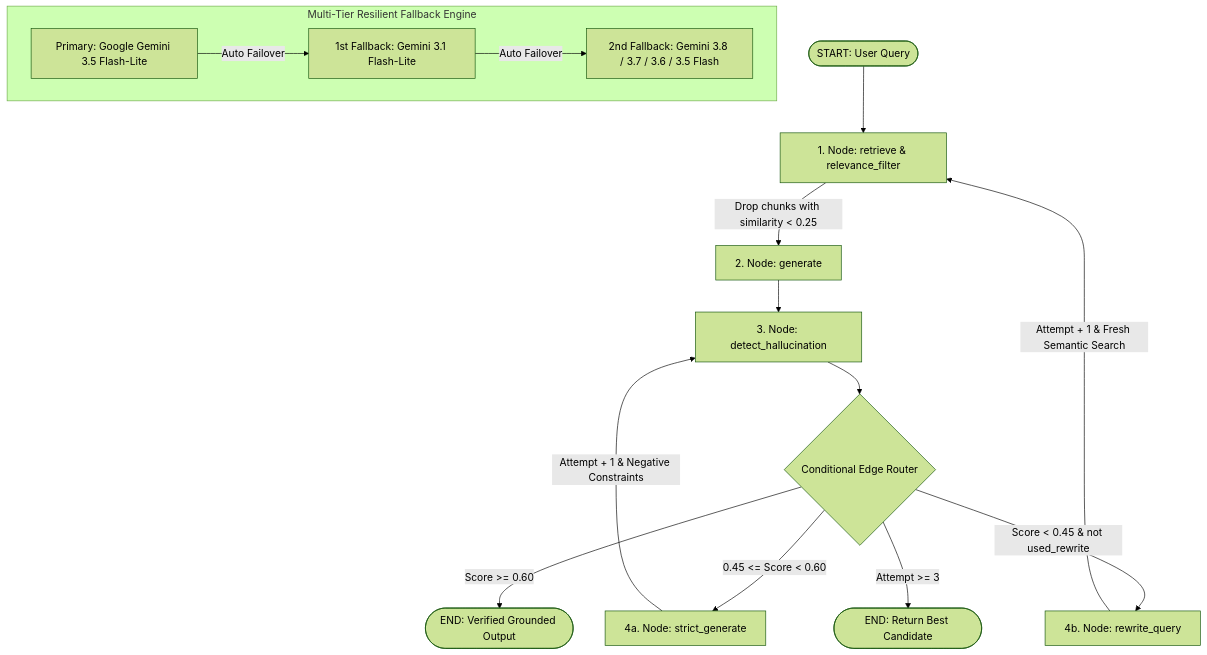
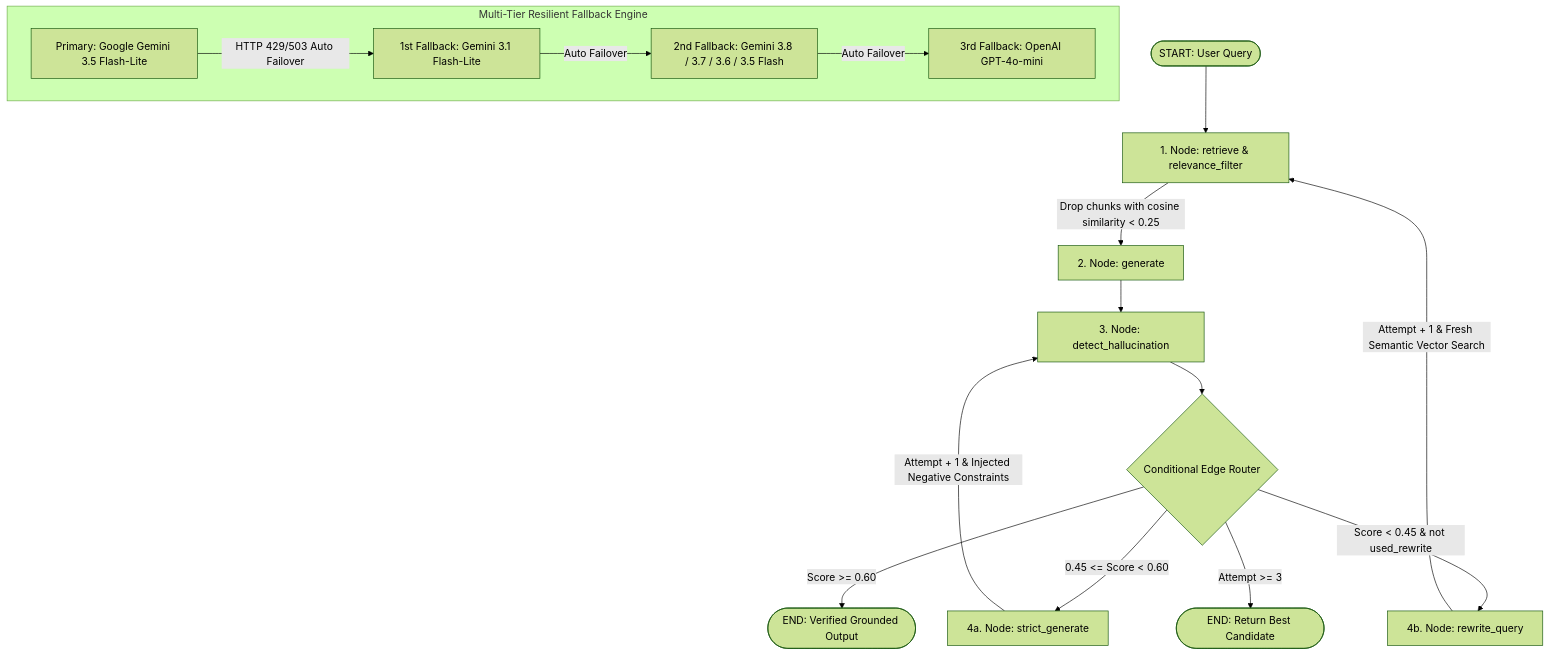
Before and after one commit to rxshil09/Corrective-RAG: the diagram in project_analysis.md, drawn with Mermaid (forest theme). The commit also changed other lines of this file and 1 other file, not shown here.

````diff
--- a/project_analysis.md
+++ b/project_analysis.md
@@ -11,23 +17,24 @@
 ```mermaid
 flowchart TD
     START([START: User Query]) --> Retrieve[1. Node: retrieve & relevance_filter]
-    Retrieve -->|Drop chunks with similarity < 0.25| Generate[2. Node: generate]
+    Retrieve -->|Drop chunks with cosine similarity < 0.25| Generate[2. Node: generate]
     Generate --> Detect[3. Node: detect_hallucination]
     
     Detect --> Route{Conditional Edge Router}
     
     Route -->|Score >= 0.60| Pass([END: Verified Grounded Output])
     Route -->|0.45 <= Score < 0.60| StrictGen[4a. Node: strict_generate]
     Route -->|Score < 0.45 & not used_rewrite| RewriteQuery[4b. Node: rewrite_query]
     Route -->|Attempt >= 3| MaxRetries([END: Return Best Candidate])
     
-    StrictGen -->|Attempt + 1 & Negative Constraints| Detect
-    RewriteQuery -->|Attempt + 1 & Fresh Semantic Search| Retrieve
+    StrictGen -->|Attempt + 1 & Injected Negative Constraints| Detect
+    RewriteQuery -->|Attempt + 1 & Fresh Semantic Vector Search| Retrieve
 
     subgraph Multi-Tier Resilient Fallback Engine
         H[Primary: Google Gemini 3.5 Flash-Lite]
         I[1st Fallback: Gemini 3.1 Flash-Lite]
         J[2nd Fallback: Gemini 3.8 / 3.7 / 3.6 / 3.5 Flash]
-        H -->|Auto Failover| I -->|Auto Failover| J
+        K[3rd Fallback: OpenAI GPT-4o-mini]
+        H -->|HTTP 429/503 Auto Failover| I -->|Auto Failover| J -->|Auto Failover| K
     end
 ```
````
